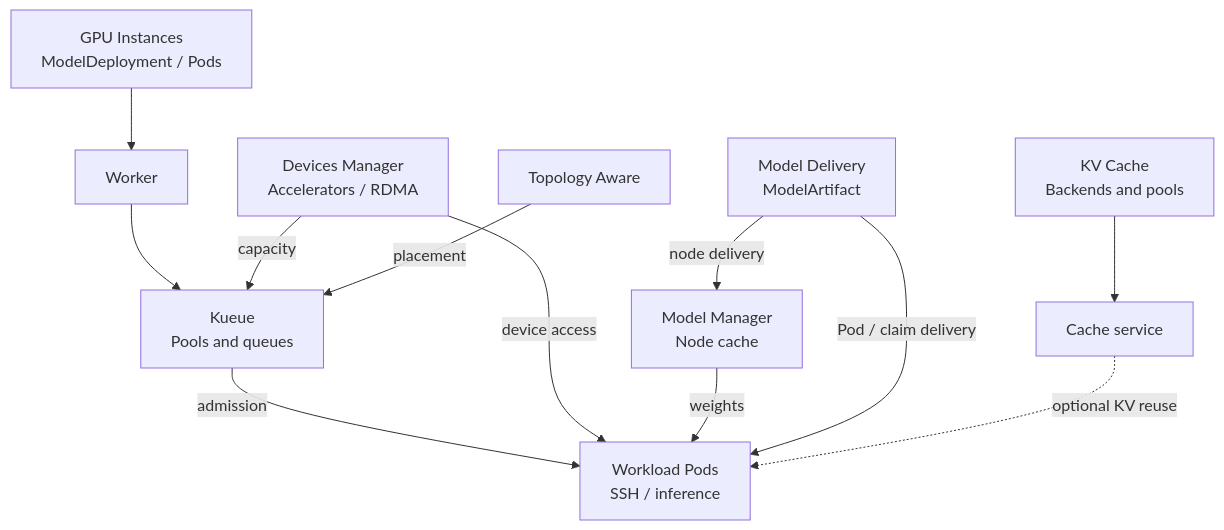
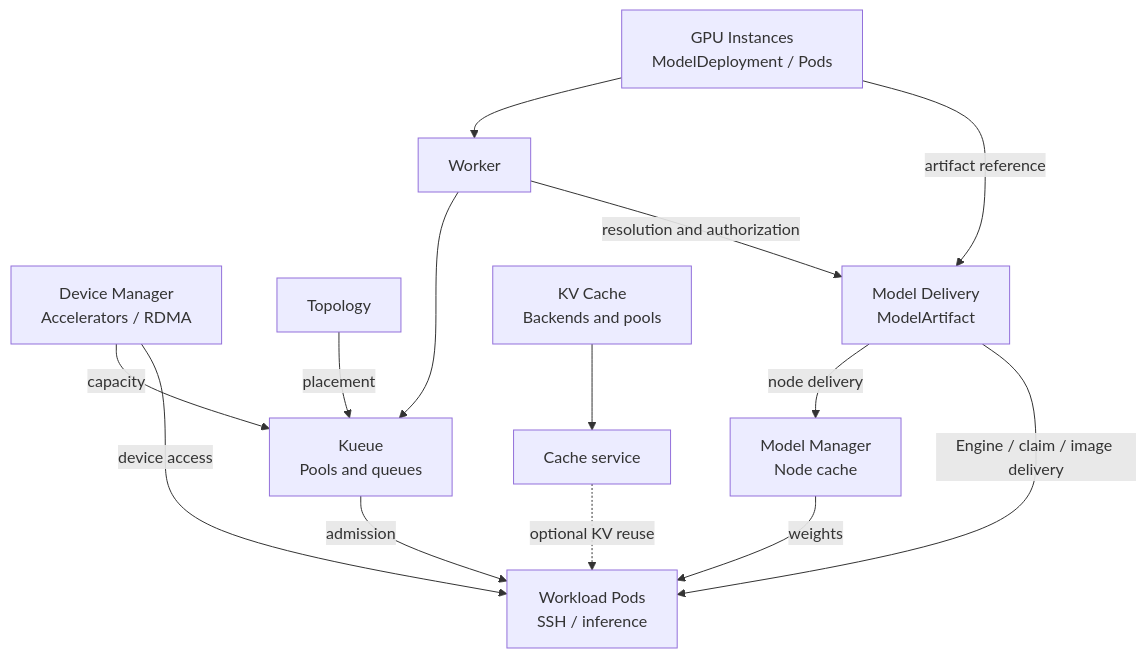
One commit to gpustack/gpustack-operator changed the diagram in docs/getting-started/architecture.md. Above: the diagram before and after it, drawn with Mermaid. The commit also changed other lines of this file and 141 other files, not shown here.

First line of the commit message:
feat(worker): add ModelDeployment benchmarks, Server RDMA interface, and Mooncake TCP defaults (#775)

````diff
--- a/docs/getting-started/architecture.md
+++ b/docs/getting-started/architecture.md
@@ -40,25 +41,27 @@
 ```mermaid
 flowchart TB
     REQUEST["GPU Instances<br/>ModelDeployment / Pods"]
     WORKER["Worker"]
-    DEVICES["Devices Manager<br/>Accelerators / RDMA"]
-    TOPOLOGY["Topology Aware"]
+    DEVICES["Device Manager<br/>Accelerators / RDMA"]
+    TOPOLOGY["Topology"]
     QUEUES["Kueue<br/>Pools and queues"]
     ARTIFACT["Model Delivery<br/>ModelArtifact"]
     MODELS["Model Manager<br/>Node cache"]
     CACHE["KV Cache<br/>Backends and pools"]
     STORE["Cache service"]
     PODS["Workload Pods<br/>SSH / inference"]
 
     REQUEST --> WORKER
     WORKER --> QUEUES
     DEVICES -- "capacity" --> QUEUES
     TOPOLOGY -- "placement" --> QUEUES
     QUEUES -- "admission" --> PODS
     DEVICES -- "device access" --> PODS
+    REQUEST -- "artifact reference" --> ARTIFACT
+    WORKER -- "resolution and authorization" --> ARTIFACT
     ARTIFACT -- "node delivery" --> MODELS
     MODELS -- "weights" --> PODS
-    ARTIFACT -- "Pod / claim delivery" --> PODS
+    ARTIFACT -- "Engine / claim / image delivery" --> PODS
     CACHE --> STORE
     STORE -. "optional KV reuse" .-> PODS
 ```
````
